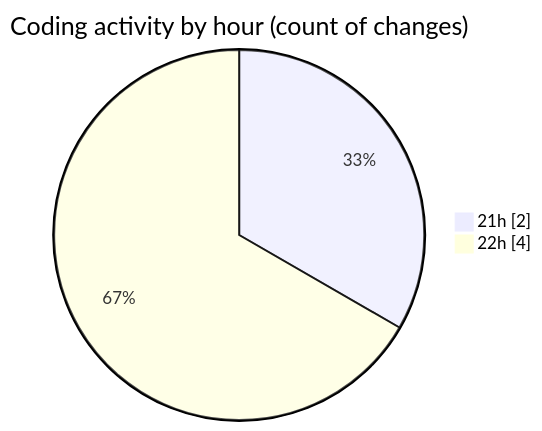
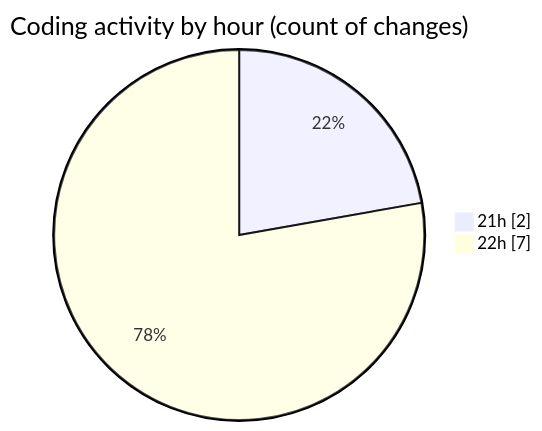
One commit to lephambinh05/code-tracking changed the second of 2 diagrams in 2025-08-07/studybuddy/README.md. Above: the diagram before and after it, drawn with Mermaid. The commit also changed other lines of this file and 1 other file, not shown here.

````diff
--- a/2025-08-07/studybuddy/README.md
+++ b/2025-08-07/studybuddy/README.md
@@ -31,6 +33,6 @@
 ```mermaid
 pie showData
 title Coding activity by hour (count of changes)
 "21h" : 2
-"22h" : 4
+"22h" : 7
 ```
````
